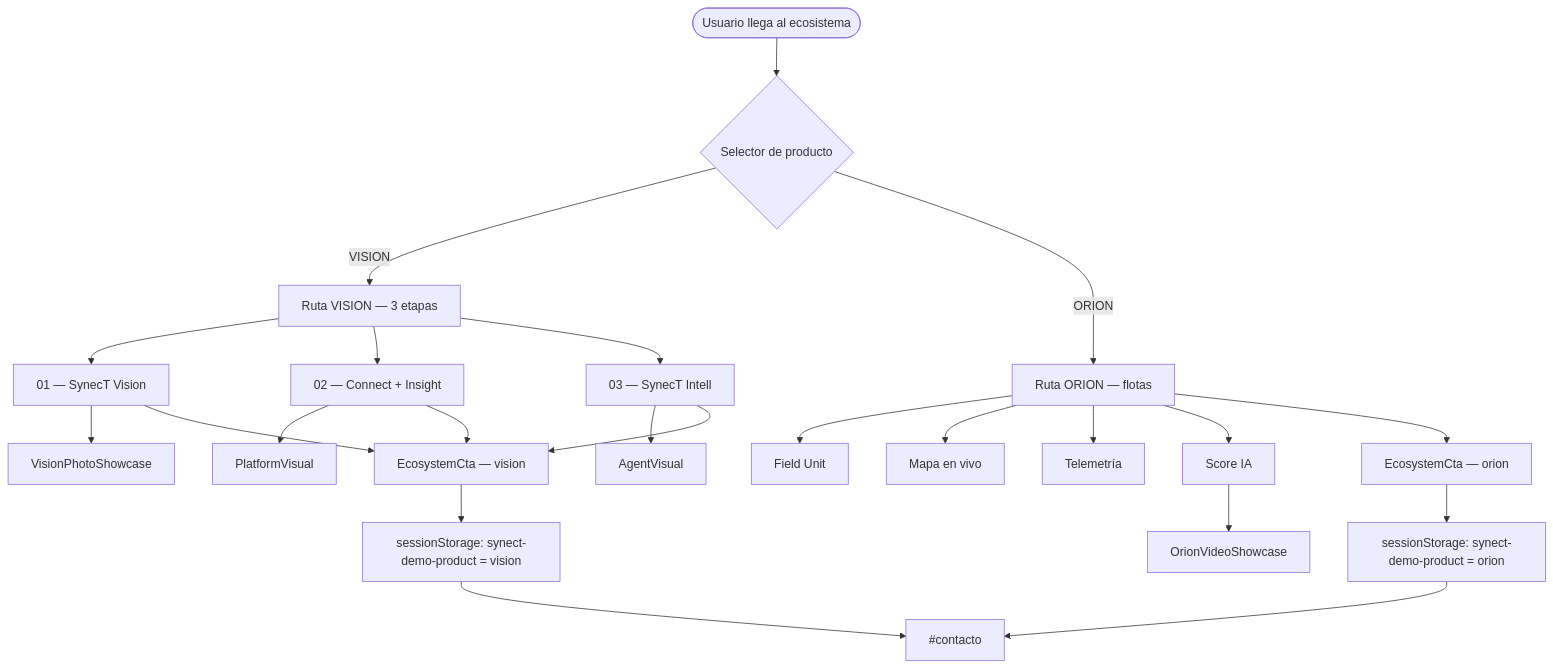
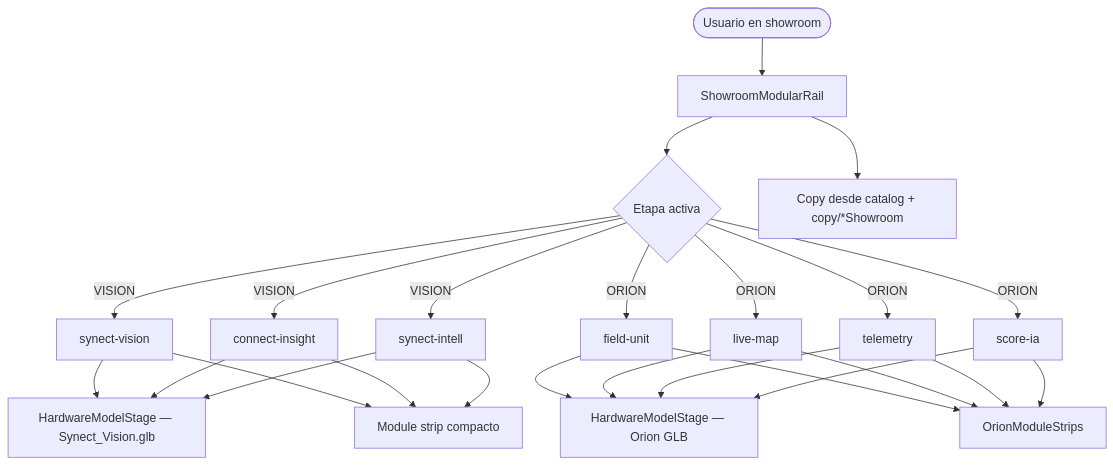
The third of 6 diagrams in docs/DIAGRAMA-FLUJO.md (augusto0111/SynecT), drawn with Mermaid before and after one commit. The commit also changed other lines of this file and 3 other files, not shown here.

Commit message:
Refresh README and docs to match the hardware-first showroom site.

````diff
--- a/docs/DIAGRAMA-FLUJO.md
+++ b/docs/DIAGRAMA-FLUJO.md
@@ -138,28 +94,22 @@
 ```mermaid
 flowchart TD
-    ENTRY([Usuario llega al ecosistema]) --> SELECT{Selector de producto}
+    ENTRY([Usuario en showroom]) --> RAIL[ShowroomModularRail]
+    RAIL --> STAGE{Etapa activa}
 
-    SELECT -->|VISION| VFLOW[Ruta VISION — 3 etapas]
-    SELECT -->|ORION| OFLOW[Ruta ORION — flotas]
+    STAGE -->|VISION| V1[synect-vision]
+    STAGE -->|VISION| V2[connect-insight]
+    STAGE -->|VISION| V3[synect-intell]
 
-    VFLOW --> V1[01 — SynecT Vision]
-    VFLOW --> V2[02 — Connect + Insight]
-    VFLOW --> V3[03 — SynecT Intell]
+    STAGE -->|ORION| O1[field-unit]
+    STAGE -->|ORION| O2[live-map]
+    STAGE -->|ORION| O3[telemetry]
+    STAGE -->|ORION| O4[score-ia]
 
-    V1 --> VVIS[VisionPhotoShowcase]
-    V2 --> PVIS[PlatformVisual]
-    V3 --> AVIS[AgentVisual]
+    V1 & V2 & V3 --> GLB1[HardwareModelStage — Synect_Vision.glb]
+    O1 & O2 & O3 & O4 --> GLB2[HardwareModelStage — Orion GLB]
 
-    OFLOW --> O1[Field Unit]
-    OFLOW --> O2[Mapa en vivo]
-    OFLOW --> O3[Telemetría]
-    OFLOW --> O4[Score IA]
-    O4 --> OVID[OrionVideoShowcase]
+    V1 & V2 & V3 --> STRIP1[Module strip compacto]
+    O1 & O2 & O3 & O4 --> STRIP2[OrionModuleStrips]
 
-    V1 & V2 & V3 --> CTA1[EcosystemCta — vision]
-    OFLOW --> CTA2[EcosystemCta — orion]
-
-    CTA1 --> SS1[sessionStorage: synect-demo-product = vision]
-    CTA2 --> SS2[sessionStorage: synect-demo-product = orion]
-    SS1 & SS2 --> CONTACTO[#contacto]
+    RAIL --> COPY[Copy desde catalog + copy/*Showroom]
 ```
````
